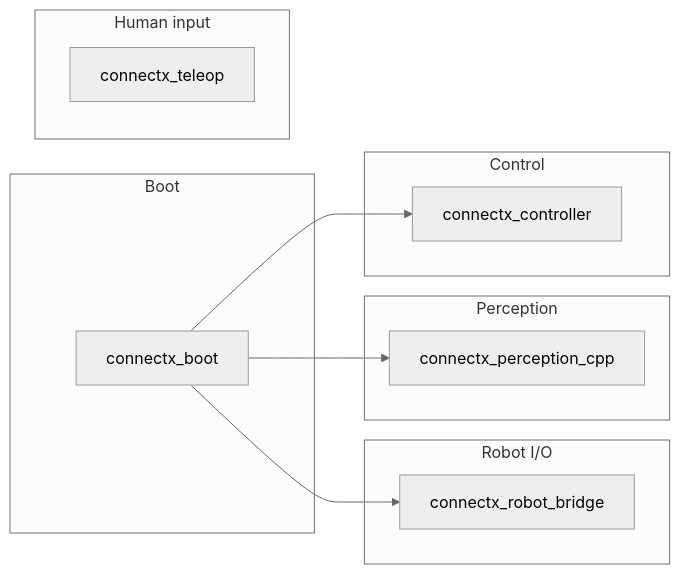
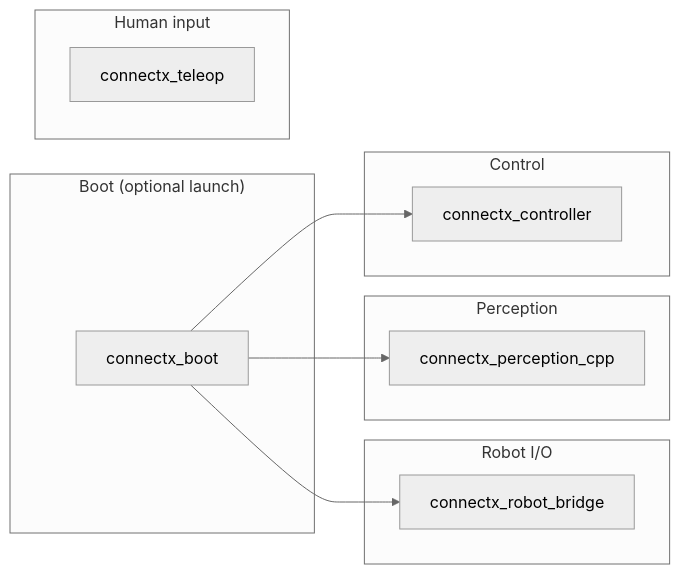
One commit to vselvarajijay/webrtc-ros-bridge-v2 changed the diagram in README.md. Above: the diagram before and after it, drawn with Mermaid (neutral theme). The commit also changed other lines of this file, not shown here.

````diff
--- a/README.md
+++ b/README.md
@@ -53,21 +53,21 @@
 ```mermaid
 graph LR
-  subgraph boot["Boot"]
+  subgraph boot["Boot (optional launch)"]
     connectx_boot
   end
   subgraph robot_io["Robot I/O"]
     connectx_robot_bridge
   end
   subgraph human["Human input"]
     connectx_teleop
   end
   subgraph perception["Perception"]
     connectx_perception_cpp
   end
   subgraph control["Control"]
     connectx_controller
   end
   connectx_boot --> connectx_controller
   connectx_boot --> connectx_perception_cpp
   connectx_boot --> connectx_robot_bridge
 ```
````
